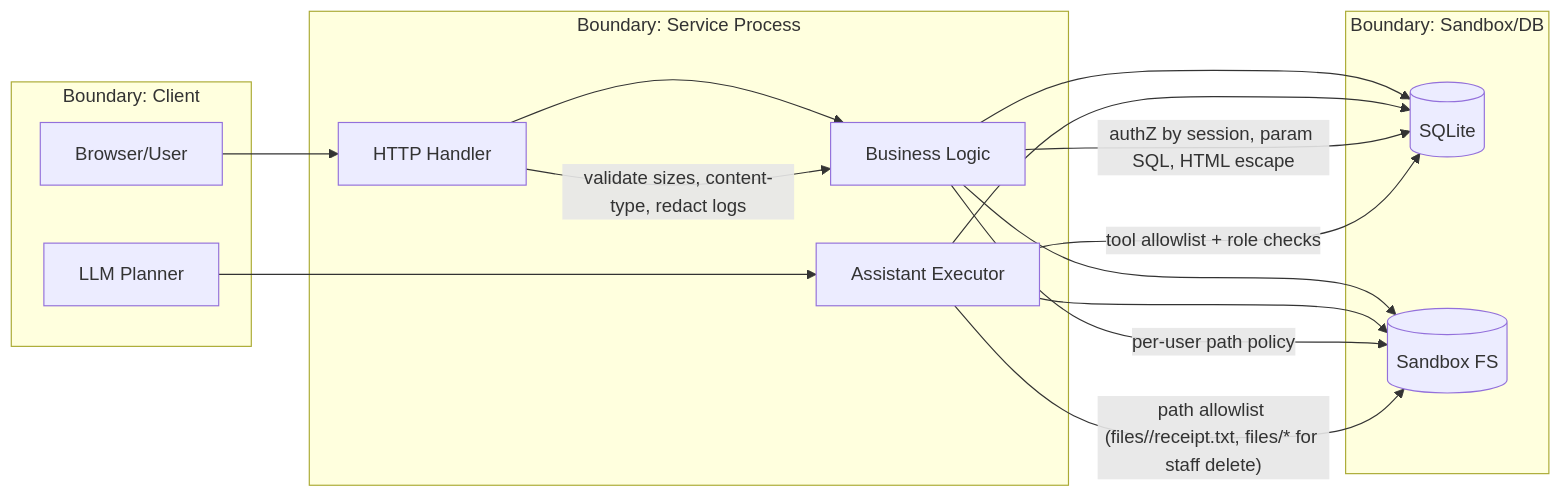
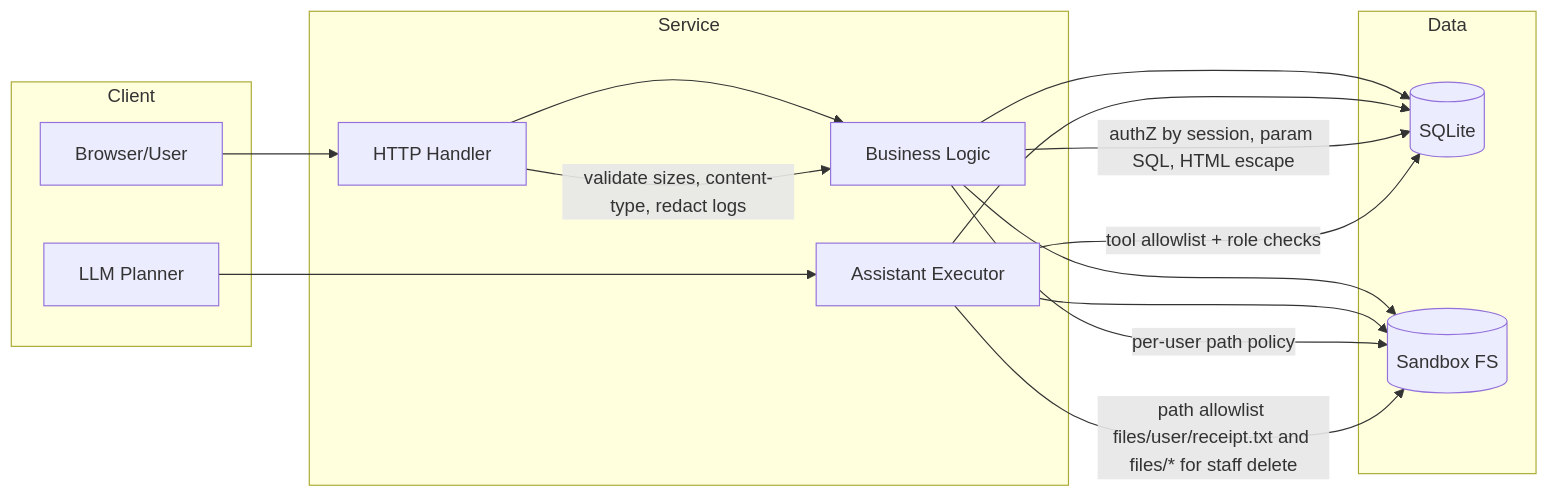
One commit to MCtop4ik/ITMOv2 changed the second of 2 diagrams in practices/practice_06/threat-model.md. Above: the diagram before and after it, drawn with Mermaid. The commit also changed other lines of this file, not shown here.

````diff
--- a/practices/practice_06/threat-model.md
+++ b/practices/practice_06/threat-model.md
@@ -85,31 +85,31 @@
 ```mermaid
 flowchart LR
-  subgraph Boundary1[Boundary: Client]
+  subgraph Client
     C1[Browser/User]
     C2[LLM Planner]
   end
 
-  subgraph Boundary2[Boundary: Service Process]
+  subgraph Service
     B1[HTTP Handler]
     B2[Business Logic]
     B3[Assistant Executor]
   end
 
-  subgraph Boundary3[Boundary: Sandbox/DB]
+  subgraph Data
     D1[(SQLite)]
     D2[(Sandbox FS)]
   end
 
   C1 --> B1 --> B2 --> D1
   B2 --> D2
   C2 --> B3
   B3 --> D1
   B3 --> D2
 
   %% Controls per boundary crossing
   B1 -- validate sizes, content-type, redact logs --> B2
   B2 -- authZ by session, param SQL, HTML escape --> D1
   B2 -- per-user path policy --> D2
   B3 -- tool allowlist + role checks --> D1
-  B3 -- path allowlist (files/<user>/receipt.txt, files/* for staff delete) --> D2
+  B3 -- path allowlist files/user/receipt.txt and files/* for staff delete --> D2
 ```
````
